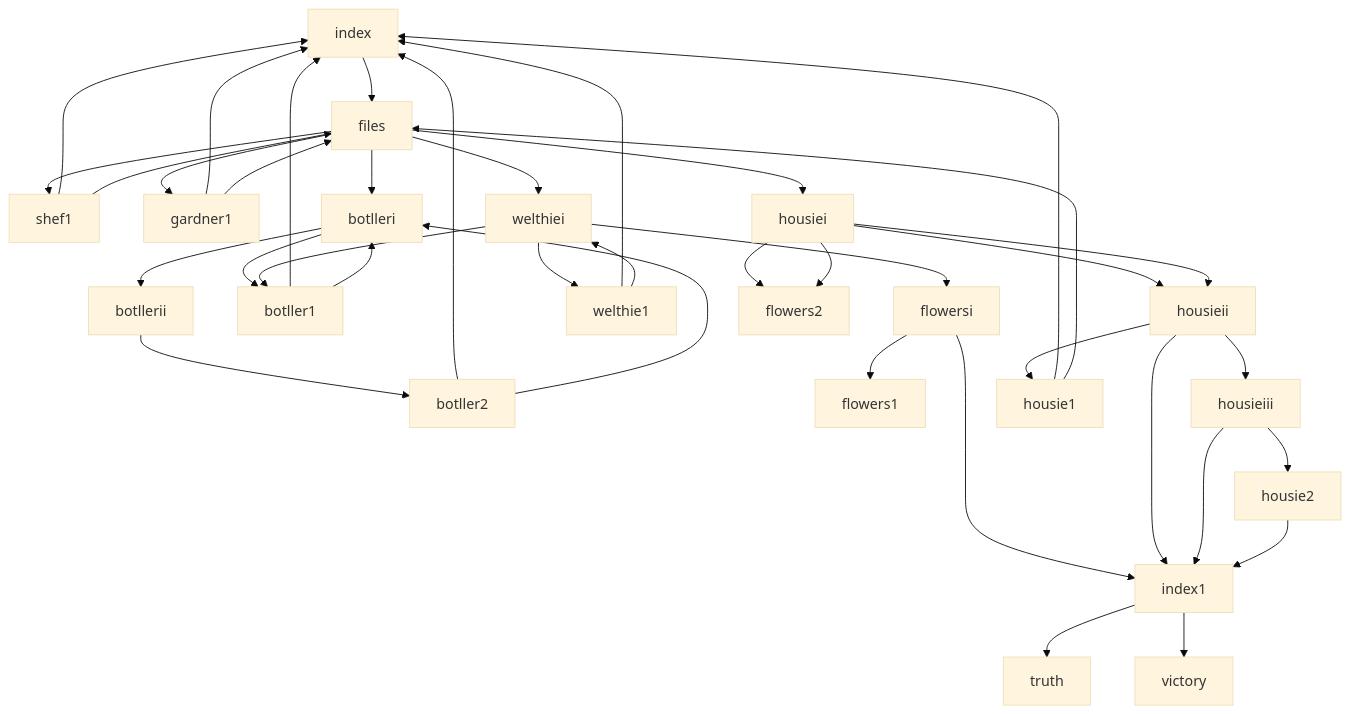
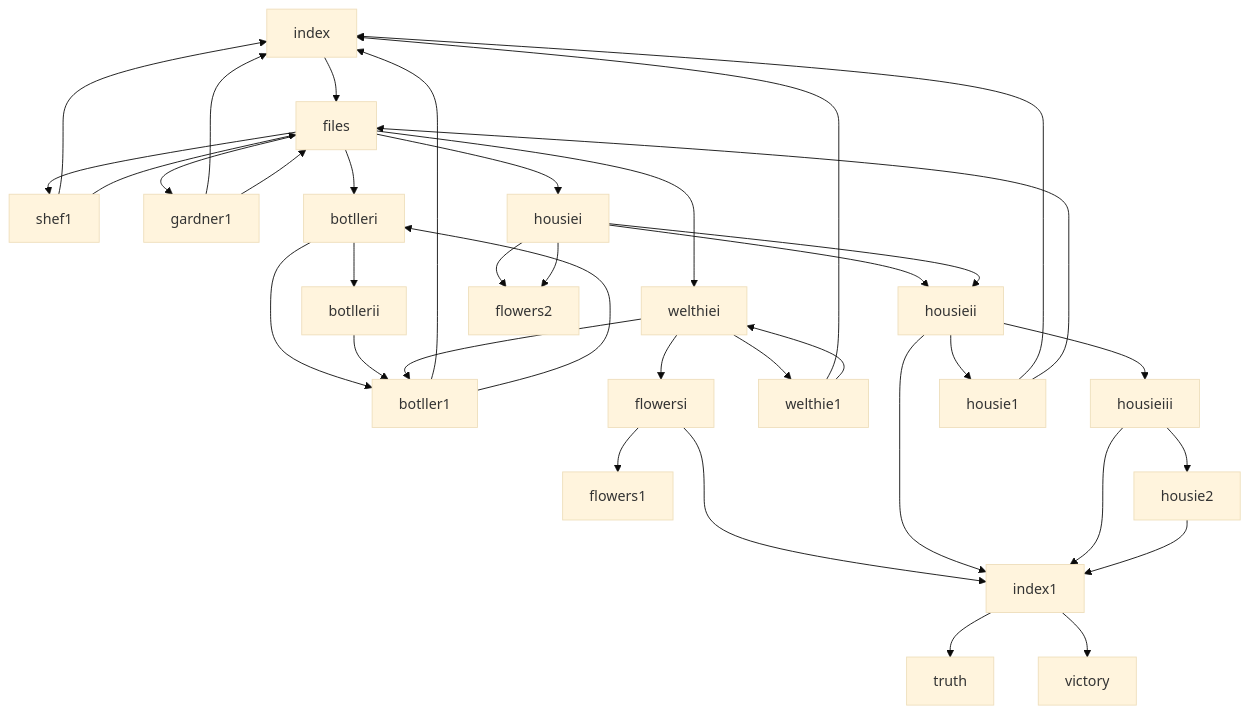
One commit to rgbhsl/detective-flowers changed the diagram in README.md. Above: the diagram before and after it, drawn with Mermaid (base theme). The commit also changed 3 other files, not shown here.

````diff
--- a/README.md
+++ b/README.md
@@ -20,38 +20,36 @@
 ```mermaid
 
 graph TD;
     index --> files
     files --> shef1 & gardner1 & housiei & botlleri & welthiei
 
 %%Shef, 1 ending
     shef1 --> index & files
 
-%%Botller, 2 endings
+%%Botller, 1 ending
     botlleri --> botllerii & botller1
-    botllerii --> botller2
-    botller1 --> index & botlleri
-    botller2 --> index & botlleri
+    botllerii --> botller1 --> index & botlleri
 
 %%Gardner, 1 ending
     gardner1 --> index & files
 
 %%Welthie, 1 ending
     welthiei --> flowersi & welthie1 & botller1
     welthie1 --> index & welthiei
 
 %%Flowers, 2 endings
     flowersi --> flowers1 & index1
     housiei --> housieii & flowers2
 
 
 %%Housie, 2 endings
     housiei --> housieii & flowers2
     housieii --> index1 & housieiii & housie1
     housieiii --> index1 & housie2
     housie1 --> index & files
     housie2 --> index1
 
 %%Index (2 secret endings)
  index1 --> truth & victory
  
 ```
````
